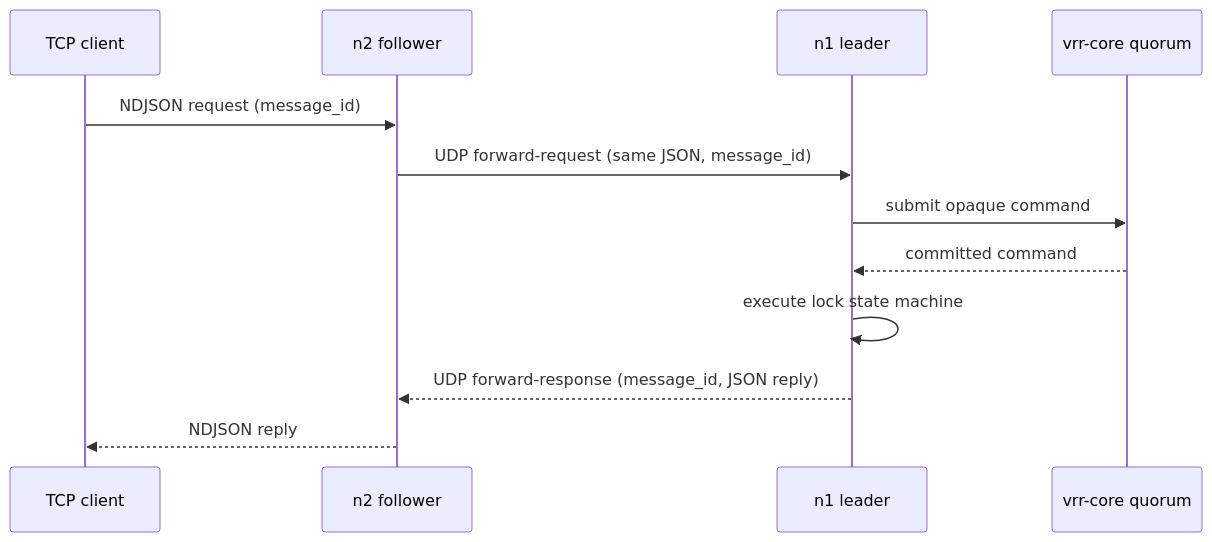
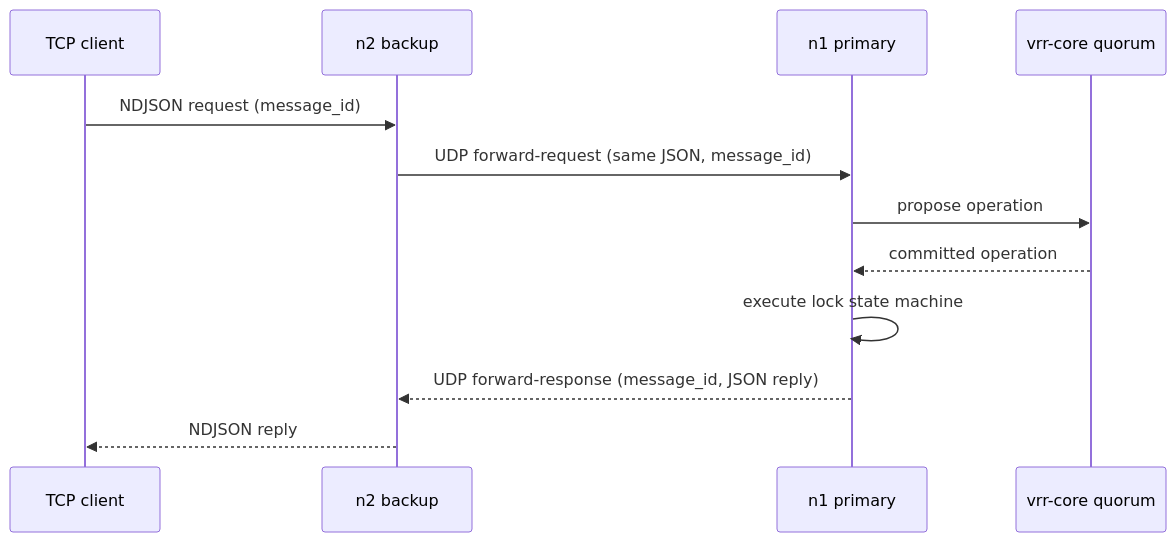
The second of 3 diagrams in docs/src/architecture.md (lua-lunet/lunet-locks), drawn with Mermaid before and after one commit. The commit also changed other lines of this file and 3 other files, not shown here.

````diff
--- a/docs/src/architecture.md
+++ b/docs/src/architecture.md
@@ -40,14 +88,14 @@
 ```mermaid
 sequenceDiagram
     participant C as TCP client
-    participant F as n2 follower
-    participant L as n1 leader
+    participant F as n2 backup
+    participant L as n1 primary
     participant V as vrr-core quorum
     C->>F: NDJSON request (message_id)
     F->>L: UDP forward-request (same JSON, message_id)
-    L->>V: submit opaque command
-    V-->>L: committed command
+    L->>V: propose operation
+    V-->>L: committed operation
     L->>L: execute lock state machine
     L-->>F: UDP forward-response (message_id, JSON reply)
     F-->>C: NDJSON reply
 ```
````
